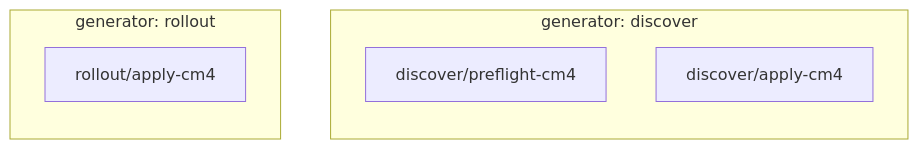
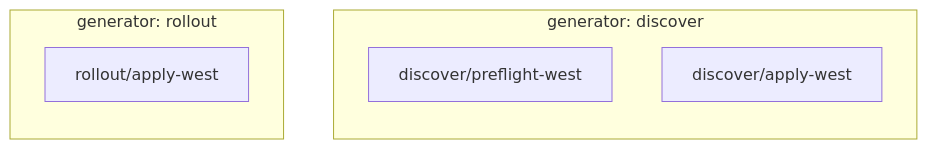
Before and after one commit to xavidop/senro: the first of 2 diagrams in site/src/pages/docs/monorepo/generators.md, drawn with Mermaid. The commit also changed other lines of this file and 85 other files, not shown here.

````diff
--- a/site/src/pages/docs/monorepo/generators.md
+++ b/site/src/pages/docs/monorepo/generators.md
@@ -54,12 +69,12 @@
 ```mermaid
 flowchart TD
     subgraph discover["generator: discover"]
         direction TB
-        a1["discover/preflight-cm4"]
-        a2["discover/apply-cm4"]
+        a1["discover/preflight-west"]
+        a2["discover/apply-west"]
     end
     subgraph rollout["generator: rollout"]
         direction TB
-        b1["rollout/apply-cm4"]
+        b1["rollout/apply-west"]
     end
 ```
````
